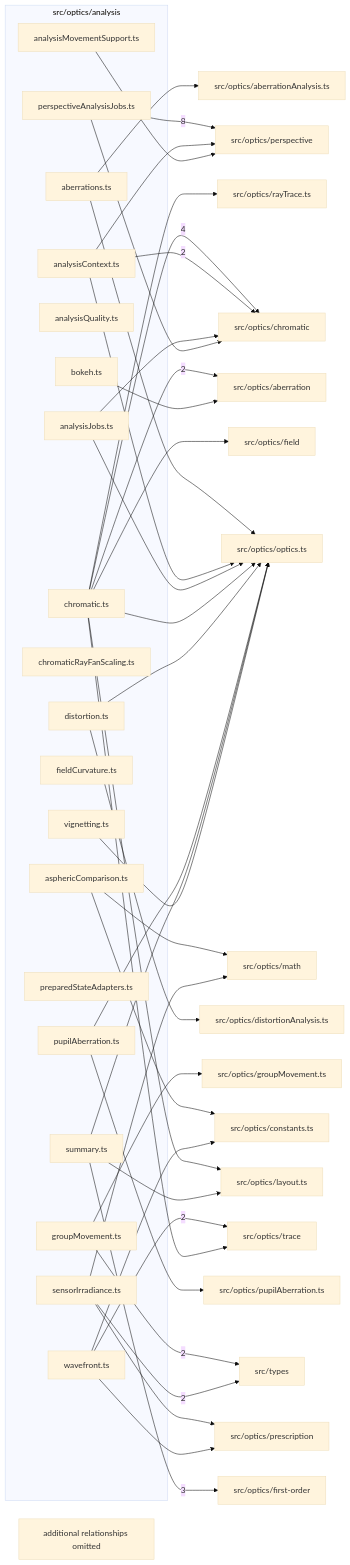
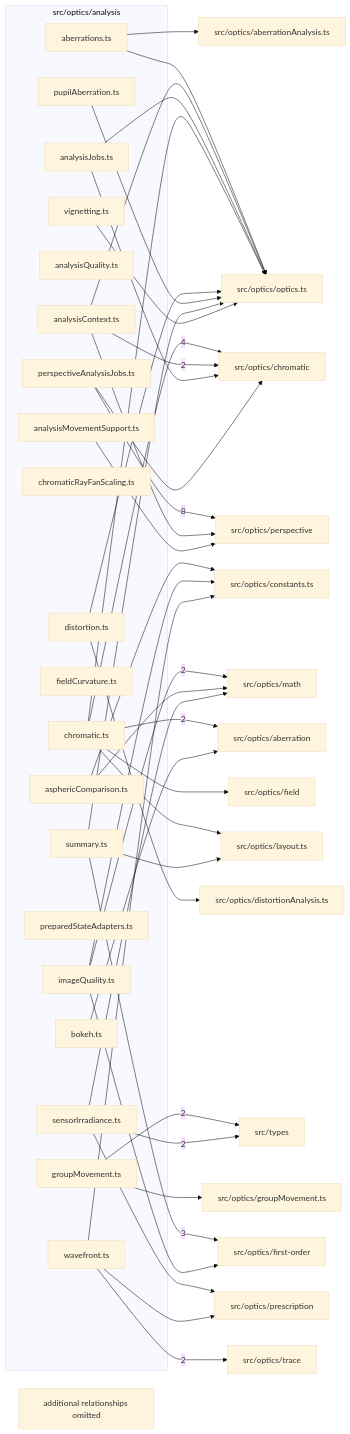
Before and after one commit to ronbuening/LensVisualizer: the diagram in src/optics/analysis/readme.md, drawn with Mermaid (base theme). The commit also changed other lines of this file and 22 other files, not shown here.

Commit message:
feat(optics): add convergence-checked spectral PSF and MTF analysis

````diff
--- a/src/optics/analysis/readme.md
+++ b/src/optics/analysis/readme.md
@@ -9,78 +9,77 @@
 ```mermaid
 flowchart LR
   subgraph n_src_optics_analysis["src/optics/analysis"]
     n_src_optics_analysis_src_optics_analysis_aberrations_ts["aberrations.ts"]
     n_src_optics_analysis_src_optics_analysis_analysisContext_ts["analysisContext.ts"]
     n_src_optics_analysis_src_optics_analysis_analysisJobs_ts["analysisJobs.ts"]
     n_src_optics_analysis_src_optics_analysis_analysisMovementSupport_ts["analysisMovementSupport.ts"]
     n_src_optics_analysis_src_optics_analysis_analysisQuality_ts["analysisQuality.ts"]
     n_src_optics_analysis_src_optics_analysis_asphericComparison_ts["asphericComparison.ts"]
     n_src_optics_analysis_src_optics_analysis_bokeh_ts["bokeh.ts"]
     n_src_optics_analysis_src_optics_analysis_chromatic_ts["chromatic.ts"]
     n_src_optics_analysis_src_optics_analysis_chromaticRayFanScaling_ts["chromaticRayFanScaling.ts"]
     n_src_optics_analysis_src_optics_analysis_distortion_ts["distortion.ts"]
     n_src_optics_analysis_src_optics_analysis_fieldCurvature_ts["fieldCurvature.ts"]
     n_src_optics_analysis_src_optics_analysis_groupMovement_ts["groupMovement.ts"]
+    n_src_optics_analysis_src_optics_analysis_imageQuality_ts["imageQuality.ts"]
     n_src_optics_analysis_src_optics_analysis_perspectiveAnalysisJobs_ts["perspectiveAnalysisJobs.ts"]
     n_src_optics_analysis_src_optics_analysis_preparedStateAdapters_ts["preparedStateAdapters.ts"]
     n_src_optics_analysis_src_optics_analysis_pupilAberration_ts["pupilAberration.ts"]
     n_src_optics_analysis_src_optics_analysis_sensorIrradiance_ts["sensorIrradiance.ts"]
     n_src_optics_analysis_src_optics_analysis_summary_ts["summary.ts"]
     n_src_optics_analysis_src_optics_analysis_vignetting_ts["vignetting.ts"]
     n_src_optics_analysis_src_optics_analysis_wavefront_ts["wavefront.ts"]
   end
   n_external_src_optics_perspective["src/optics/perspective"]
   n_external_src_optics_chromatic["src/optics/chromatic"]
   n_external_src_optics_first_order["src/optics/first-order"]
   n_external_src_optics_aberration["src/optics/aberration"]
+  n_external_src_optics_math["src/optics/math"]
   n_external_src_optics_trace["src/optics/trace"]
   n_external_src_types["src/types"]
   n_external_src_optics_aberrationAnalysis_ts["src/optics/aberrationAnalysis.ts"]
   n_external_src_optics_constants_ts["src/optics/constants.ts"]
   n_external_src_optics_distortionAnalysis_ts["src/optics/distortionAnalysis.ts"]
   n_external_src_optics_field["src/optics/field"]
   n_external_src_optics_groupMovement_ts["src/optics/groupMovement.ts"]
   n_external_src_optics_layout_ts["src/optics/layout.ts"]
-  n_external_src_optics_math["src/optics/math"]
   n_external_src_optics_optics_ts["src/optics/optics.ts"]
   n_external_src_optics_prescription["src/optics/prescription"]
-  n_external_src_optics_pupilAberration_ts["src/optics/pupilAberration.ts"]
-  n_external_src_optics_rayTrace_ts["src/optics/rayTrace.ts"]
   n_src_optics_analysis_src_optics_analysis_perspectiveAnalysisJobs_ts --> |8| n_external_src_optics_perspective
   n_src_optics_analysis_src_optics_analysis_chromatic_ts --> |4| n_external_src_optics_chromatic
   n_src_optics_analysis_src_optics_analysis_summary_ts --> |3| n_external_src_optics_first_order
   n_src_optics_analysis_src_optics_analysis_chromatic_ts --> |2| n_external_src_optics_aberration
   n_src_optics_analysis_src_optics_analysis_analysisContext_ts --> |2| n_external_src_optics_chromatic
+  n_src_optics_analysis_src_optics_analysis_imageQuality_ts --> |2| n_external_src_optics_math
   n_src_optics_analysis_src_optics_analysis_wavefront_ts --> |2| n_external_src_optics_trace
   n_src_optics_analysis_src_optics_analysis_groupMovement_ts --> |2| n_external_src_types
   n_src_optics_analysis_src_optics_analysis_sensorIrradiance_ts --> |2| n_external_src_types
   n_src_optics_analysis_src_optics_analysis_bokeh_ts --> n_external_src_optics_aberration
   n_src_optics_analysis_src_optics_analysis_aberrations_ts --> n_external_src_optics_aberrationAnalysis_ts
   n_src_optics_analysis_src_optics_analysis_analysisJobs_ts --> n_external_src_optics_chromatic
   n_src_optics_analysis_src_optics_analysis_perspectiveAnalysisJobs_ts --> n_external_src_optics_chromatic
   n_src_optics_analysis_src_optics_analysis_asphericComparison_ts --> n_external_src_optics_constants_ts
+  n_src_optics_analysis_src_optics_analysis_imageQuality_ts --> n_external_src_optics_constants_ts
   n_src_optics_analysis_src_optics_analysis_wavefront_ts --> n_external_src_optics_constants_ts
   n_src_optics_analysis_src_optics_analysis_distortion_ts --> n_external_src_optics_distortionAnalysis_ts
   n_src_optics_analysis_src_optics_analysis_chromatic_ts --> n_external_src_optics_field
+  n_src_optics_analysis_src_optics_analysis_imageQuality_ts --> n_external_src_optics_first_order
   n_src_optics_analysis_src_optics_analysis_groupMovement_ts --> n_external_src_optics_groupMovement_ts
   n_src_optics_analysis_src_optics_analysis_chromatic_ts --> n_external_src_optics_layout_ts
   n_src_optics_analysis_src_optics_analysis_summary_ts --> n_external_src_optics_layout_ts
   n_src_optics_analysis_src_optics_analysis_asphericComparison_ts --> n_external_src_optics_math
   n_src_optics_analysis_src_optics_analysis_sensorIrradiance_ts --> n_external_src_optics_math
   n_src_optics_analysis_src_optics_analysis_aberrations_ts --> n_external_src_optics_optics_ts
   n_src_optics_analysis_src_optics_analysis_analysisContext_ts --> n_external_src_optics_optics_ts
   n_src_optics_analysis_src_optics_analysis_analysisJobs_ts --> n_external_src_optics_optics_ts
   n_src_optics_analysis_src_optics_analysis_chromatic_ts --> n_external_src_optics_optics_ts
   n_src_optics_analysis_src_optics_analysis_distortion_ts --> n_external_src_optics_optics_ts
   n_src_optics_analysis_src_optics_analysis_pupilAberration_ts --> n_external_src_optics_optics_ts
   n_src_optics_analysis_src_optics_analysis_summary_ts --> n_external_src_optics_optics_ts
   n_src_optics_analysis_src_optics_analysis_vignetting_ts --> n_external_src_optics_optics_ts
   n_src_optics_analysis_src_optics_analysis_analysisContext_ts --> n_external_src_optics_perspective
   n_src_optics_analysis_src_optics_analysis_analysisMovementSupport_ts --> n_external_src_optics_perspective
   n_src_optics_analysis_src_optics_analysis_sensorIrradiance_ts --> n_external_src_optics_prescription
   n_src_optics_analysis_src_optics_analysis_wavefront_ts --> n_external_src_optics_prescription
-  n_src_optics_analysis_src_optics_analysis_pupilAberration_ts --> n_external_src_optics_pupilAberration_ts
-  n_src_optics_analysis_src_optics_analysis_chromatic_ts --> n_external_src_optics_rayTrace_ts
-  n_src_optics_analysis_src_optics_analysis_chromatic_ts --> n_external_src_optics_trace
   n_src_optics_analysis_truncated["additional relationships omitted"]
 ```
````
